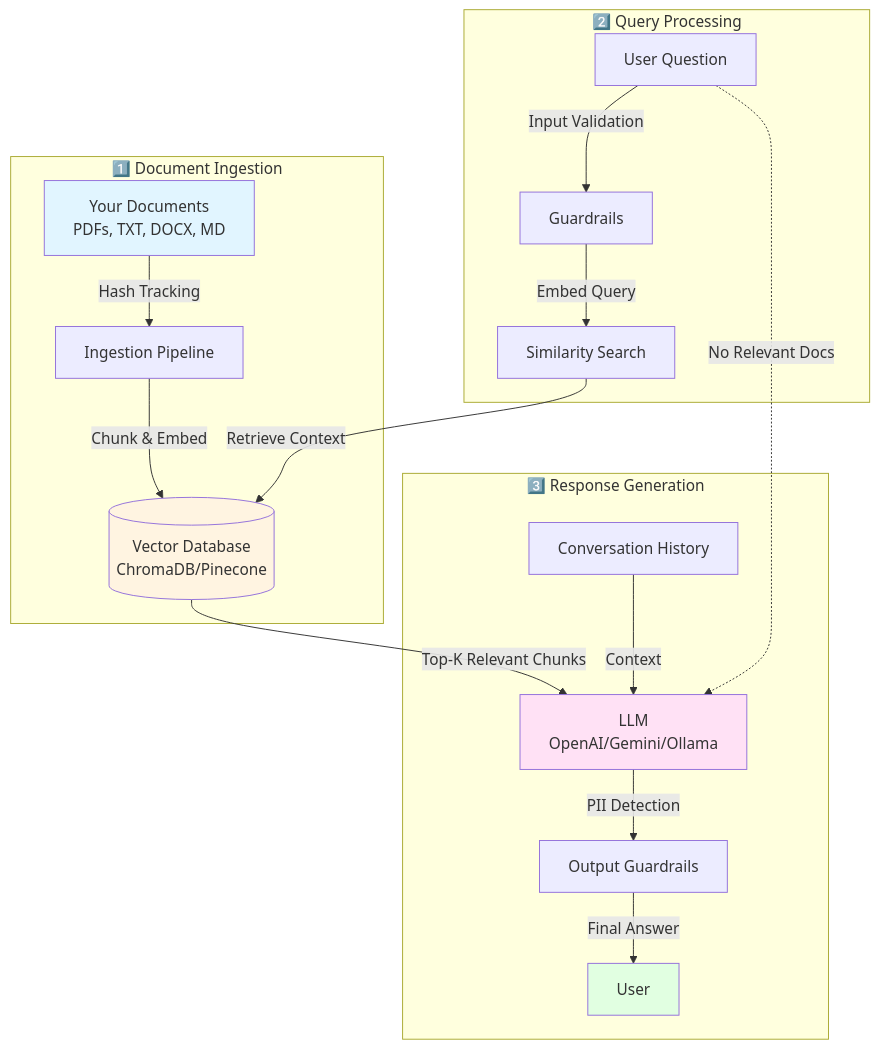
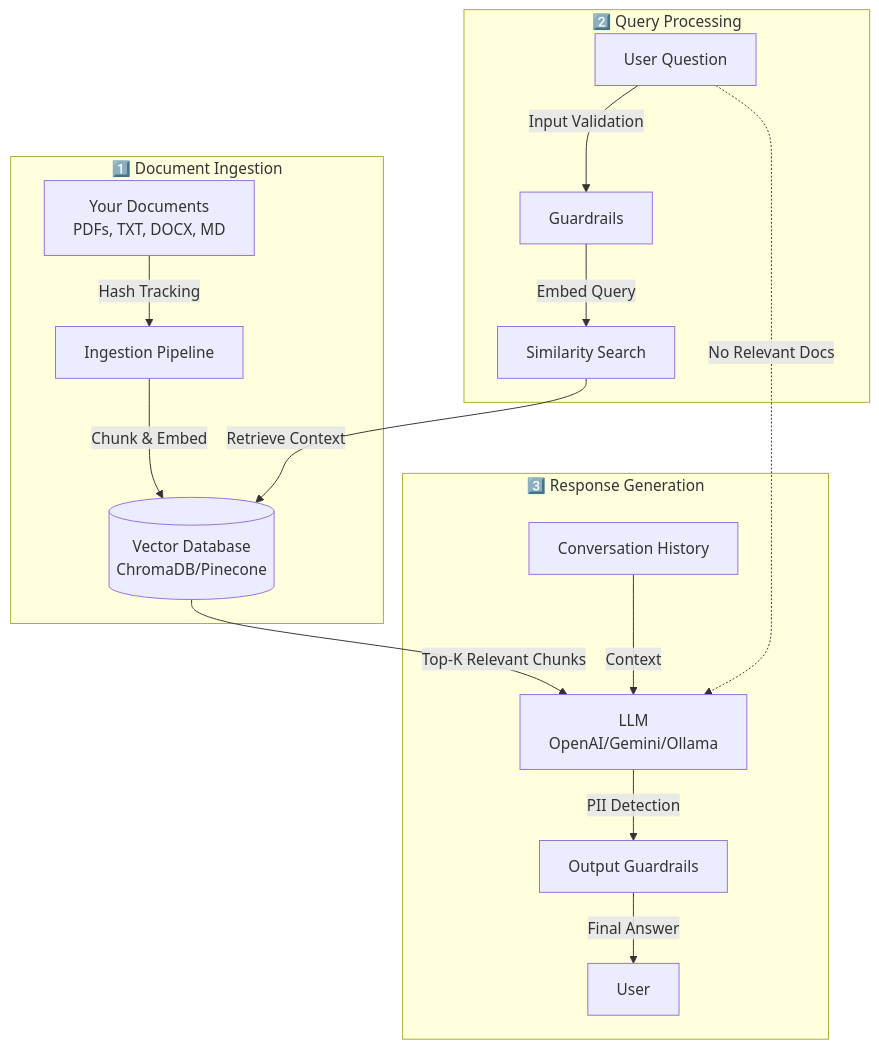
The diagram in README.md (vk2git/ModularRAG), drawn with Mermaid before and after one commit. The commit also changed other lines of this file, not shown here.

````diff
--- a/README.md
+++ b/README.md
@@ -8,27 +8,23 @@
 ```mermaid
 graph TB
     subgraph "1️⃣ Document Ingestion"
         A[Your Documents<br/>PDFs, TXT, DOCX, MD] -->|Hash Tracking| B[Ingestion Pipeline]
         B -->|Chunk & Embed| C[(Vector Database<br/>ChromaDB/Pinecone)]
     end
     
     subgraph "2️⃣ Query Processing"
         D[User Question] -->|Input Validation| E[Guardrails]
         E -->|Embed Query| F[Similarity Search]
         F -->|Retrieve Context| C
     end
     
     subgraph "3️⃣ Response Generation"
         C -->|Top-K Relevant Chunks| G[LLM<br/>OpenAI/Gemini/Ollama]
         H[Conversation History] -->|Context| G
         G -->|PII Detection| I[Output Guardrails]
         I -->|Final Answer| J[User]
     end
     
     D -.->|No Relevant Docs| G
     
-    style A fill:#e1f5ff
-    style C fill:#fff4e1
-    style G fill:#ffe1f5
-    style J fill:#e1ffe1
 ```
````
